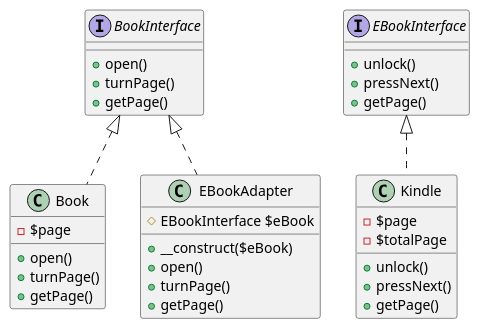
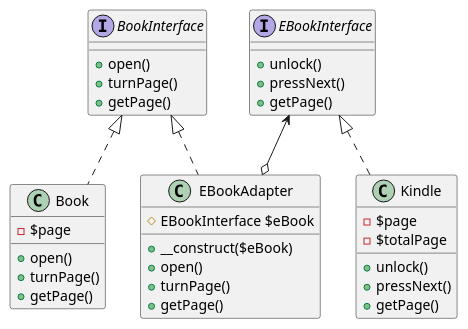
Before and after one commit to flashytime/DesignPatternsPHP: the diagram in Structural/Adapter/Adapter.puml, drawn with PlantUML. The commit also changed 5 other files, not shown here.

```diff
--- a/Structural/Adapter/Adapter.puml
+++ b/Structural/Adapter/Adapter.puml
@@ -1,42 +1,43 @@
 @startuml
 interface BookInterface {
     + open()
     + turnPage()
     + getPage()
 }
 
 class Book {
     - $page
     + open()
     + turnPage()
     + getPage()
 }
 
 BookInterface <|.. Book
 
 interface EBookInterface {
     + unlock()
     + pressNext()
     + getPage()
 }
 
 class Kindle {
     - $page
     - $totalPage
     + unlock()
     + pressNext()
     + getPage()
 }
 
 EBookInterface <|.. Kindle
 
 class EBookAdapter {
     # EBookInterface $eBook
     + __construct($eBook)
     + open()
     + turnPage()
     + getPage()
 }
 
 BookInterface <|.. EBookAdapter
+EBookInterface <--o EBookAdapter
 @enduml
```
